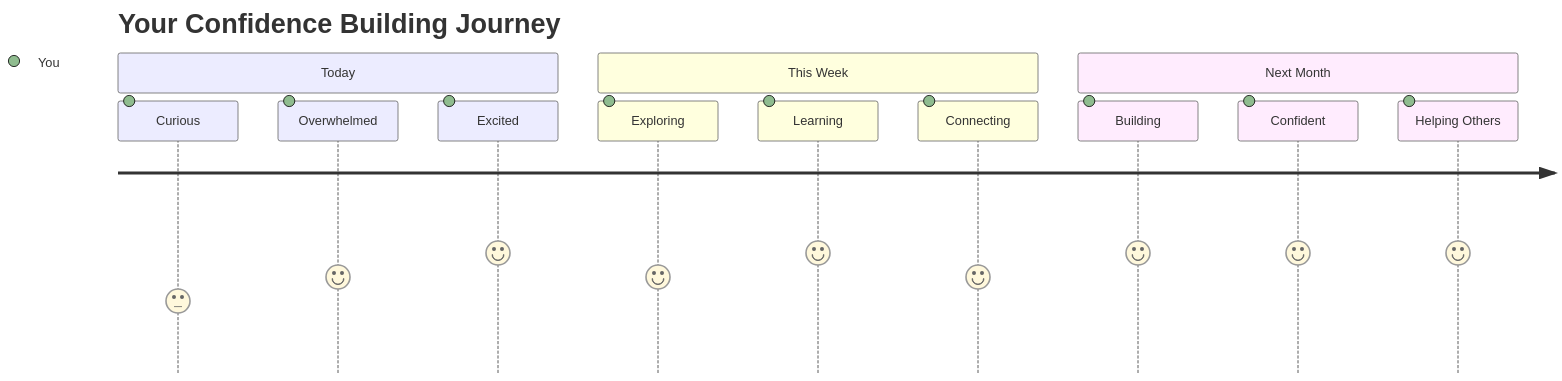
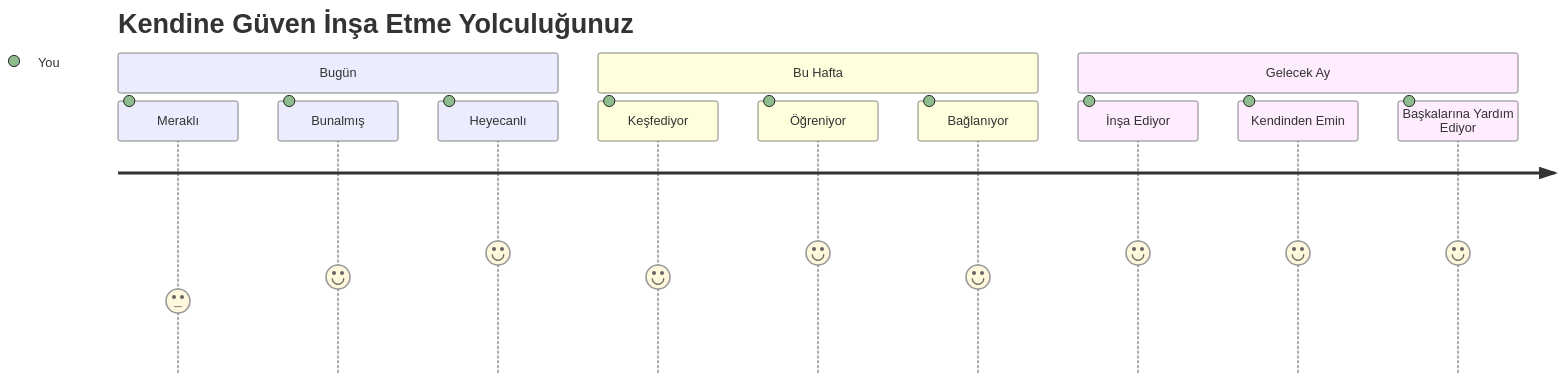
The seventh of 7 diagrams in translations/tr/1-getting-started-lessons/1-intro-to-programming-languages/README.md (microsoft/Web-Dev-For-Beginners), drawn with Mermaid before and after one commit. The commit also changed other lines of this file and 11 other files, not shown here.

````diff
--- a/translations/tr/1-getting-started-lessons/1-intro-to-programming-languages/README.md
+++ b/translations/tr/1-getting-started-lessons/1-intro-to-programming-languages/README.md
@@ -834,16 +829,16 @@
 ```mermaid
 journey
-    title Your Confidence Building Journey
-    section Today
-      Curious: 3: You
-      Overwhelmed: 4: You
-      Excited: 5: You
-    section This Week
-      Exploring: 4: You
-      Learning: 5: You
-      Connecting: 4: You
-    section Next Month
-      Building: 5: You
-      Confident: 5: You
-      Helping Others: 5: You
+    title Kendine Güven İnşa Etme Yolculuğunuz
+    section Bugün
+      Meraklı: 3: You
+      Bunalmış: 4: You
+      Heyecanlı: 5: You
+    section Bu Hafta
+      Keşfediyor: 4: You
+      Öğreniyor: 5: You
+      Bağlanıyor: 4: You
+    section Gelecek Ay
+      İnşa Ediyor: 5: You
+      Kendinden Emin: 5: You
+      Başkalarına Yardım Ediyor: 5: You
 ```
````
